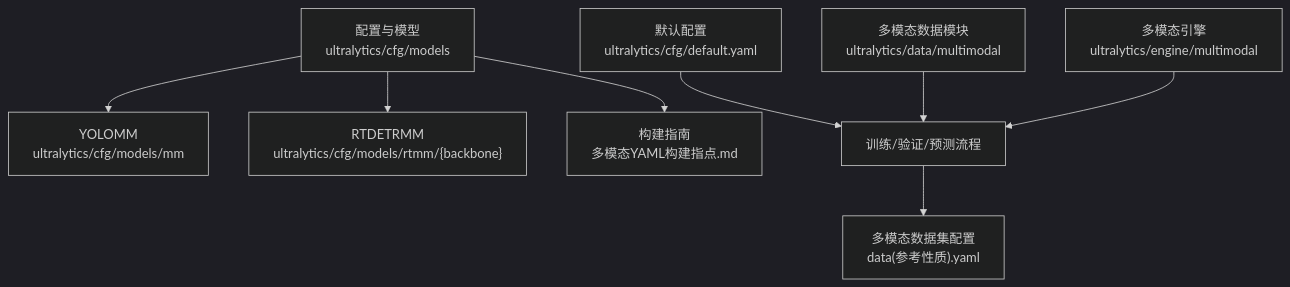
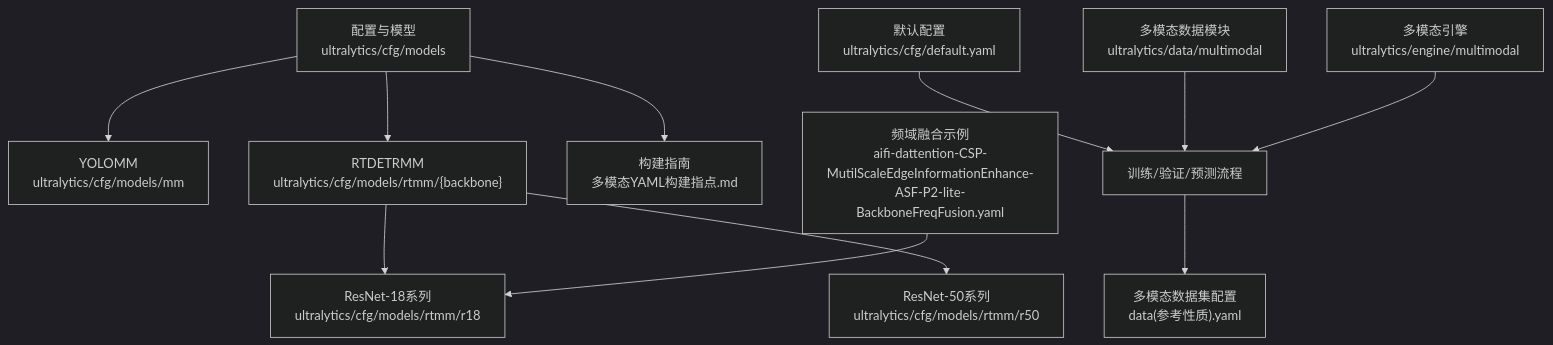
One commit to 2208754827/MM-IMPROVE changed the first of 6 diagrams in .qoder/repowiki/zh/content/模型配置与管理/模型配置与管理.md. Above: the diagram before and after it, drawn with Mermaid (dark theme). The commit also changed other lines of this file and 1211 other files, not shown here.

````diff
--- a/.qoder/repowiki/zh/content/模型配置与管理/模型配置与管理.md
+++ b/.qoder/repowiki/zh/content/模型配置与管理/模型配置与管理.md
@@ -43,10 +57,13 @@
 ```mermaid
 graph TB
 A["配置与模型<br/>ultralytics/cfg/models"] --> B["YOLOMM<br/>ultralytics/cfg/models/mm"]
 A --> C["RTDETRMM<br/>ultralytics/cfg/models/rtmm/{backbone}"]
+C --> C1["ResNet-18系列<br/>ultralytics/cfg/models/rtmm/r18"]
+C --> C2["ResNet-50系列<br/>ultralytics/cfg/models/rtmm/r50"]
 A --> D["构建指南<br/>多模态YAML构建指点.md"]
 E["默认配置<br/>ultralytics/cfg/default.yaml"] --> F["训练/验证/预测流程"]
 G["多模态数据模块<br/>ultralytics/data/multimodal"] --> F
 H["多模态引擎<br/>ultralytics/engine/multimodal"] --> F
-F --> I["多模态数据集配置<br/>data(参考性质).yaml"]
+I["频域融合示例<br/>aifi-dattention-CSP-MutilScaleEdgeInformationEnhance-ASF-P2-lite-BackboneFreqFusion.yaml"] --> C1
+F --> J["多模态数据集配置<br/>data(参考性质).yaml"]
 ```
````
